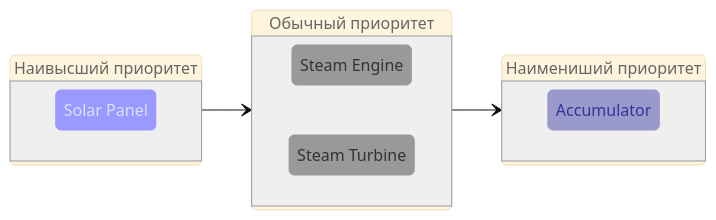
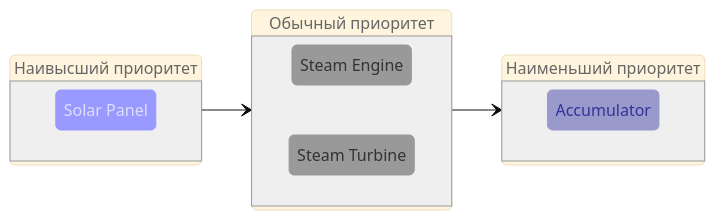
The diagram in docs/PowerProduction/BackupSteamPower.md (CanadianBeaver/AwesomeFactorio), drawn with Mermaid (base theme) before and after one commit.

Commit message:
fixed issue

````diff
--- a/docs/PowerProduction/BackupSteamPower.md
+++ b/docs/PowerProduction/BackupSteamPower.md
@@ -12,36 +12,36 @@
 ```mermaid
 stateDiagram
     direction LR
     First : Наивысший приоритет
     Second : Обычный приоритет
-    Third : Наимениший приоритет
+    Third : Наименьший приоритет
     SolarPanel : Solar Panel
     SteamEngine : Steam Engine
     SteamTurbine : Steam Turbine
     Accumulator : Accumulator
     state First {
         direction LR
         SolarPanel
     }
     state Second {
         direction LR
         SteamEngine
         SteamTurbine
     }
     state Third {
         direction LR
         Accumulator
     }
     First --> Second
     Second --> Third
 
     classDef solarpanel color:#dedeff,fill:#9999ff,stroke:#9999ff
     classDef steampanel color:#333333,fill:#999999,stroke:#999999
     classDef accumulatorpanel color:#333399,fill:#9999cc,stroke:#9999cc
     classDef panel color:#666,fill:#efefef,stroke:#999,font-weight:100,stroke-width:1px
 
     class SolarPanel solarpanel
     class SteamEngine, SteamTurbine steampanel
     class Accumulator accumulatorpanel
     class First, Second, Third panel
 ```
````
